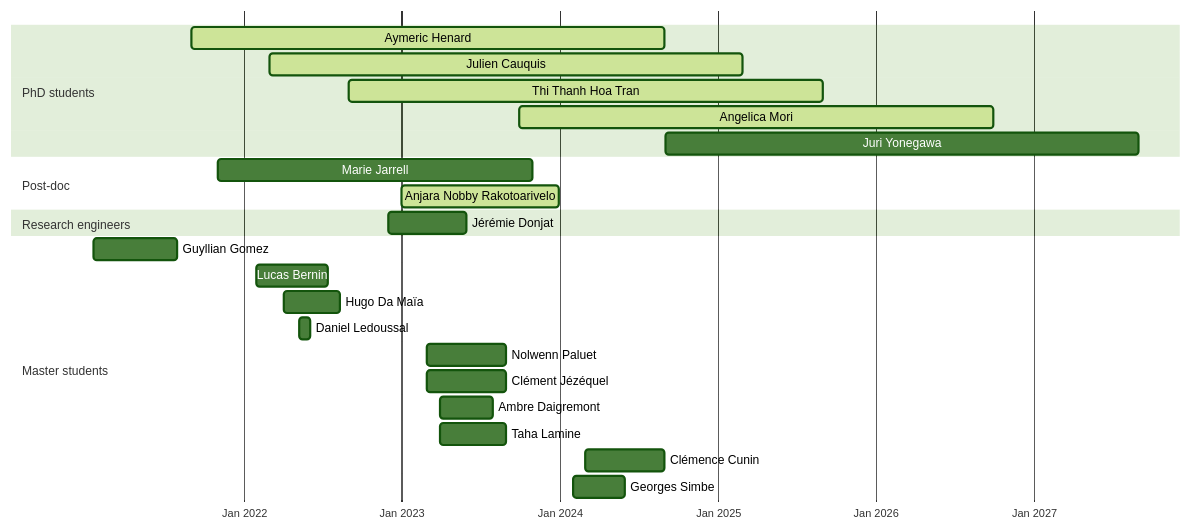
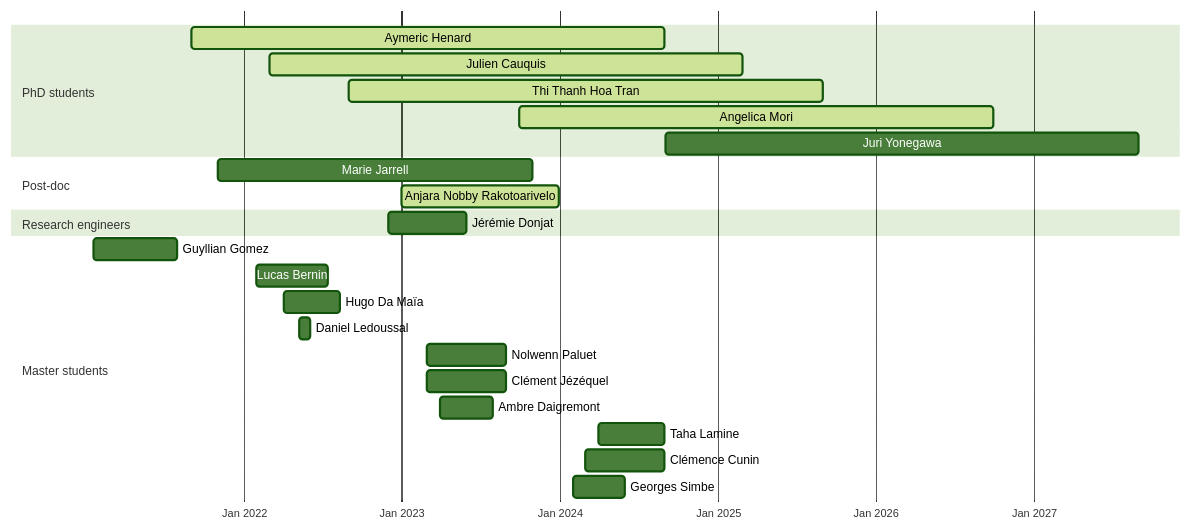
One commit to EPeillard/academic-website changed the diagram in content/resume/supervision.md. Above: the diagram before and after it, drawn with Mermaid (forest theme). The commit also changed other lines of this file, not shown here.

Commit message:
fix and test compact mode

```diff
--- a/content/resume/supervision.md
+++ b/content/resume/supervision.md
@@ -14,29 +15,29 @@
 {{< mermaid >}}
   gantt
     dateFormat  YYYY-MM-DD
     axisFormat  %b %Y
     todayMarker off
 
     section PhD students
         Aymeric Henard   : active, aHenard, 2021-09-01, 2024-08-31
         Julien Cauquis   : active, 2022-03-01, 2025-02-28
         Thi Thanh Hoa Tran : active, 2022-09-01, 2025-08-31
         Angelica Mori : active, 2023-10-01, 2026-09-30
         Juri Yonegawa : 2024-09-01, 2027-08-31
     section Post-doc
         Marie Jarrell   : 2021-11-01, 2023-10-31
         Anjara Nobby Rakotoarivelo  : active, 2023-01-01, 2023-12-31
     section Research engineers
         Jérémie Donjat  : 2022-12-01, 2023-05-31
     section Master students
         Guyllian Gomez: 2021-01-19, 2021-07-30
         Lucas Bernin: 2022-01-31, 2022-07-15
         Hugo Da Maïa: 2022-04-04, 2022-08-12
         Daniel Ledoussal: 2022-05-09, 2022-06-03
         Nolwenn Paluet: 2023-03-01, 2023-08-31
         Clément Jézéquel: 2023-03-01, 2023-08-31
         Ambre Daigremont: 2023-04-01, 2023-07-31
-        Taha Lamine: 2023-04-01, 2023-08-31
+        Taha Lamine: 2024-04-01, 2024-08-31
         Clémence Cunin: 2024-03-01, 2024-08-31
         Georges Simbe: 2024-02-01, 2024-05-31
 {{< /mermaid >}}
```
